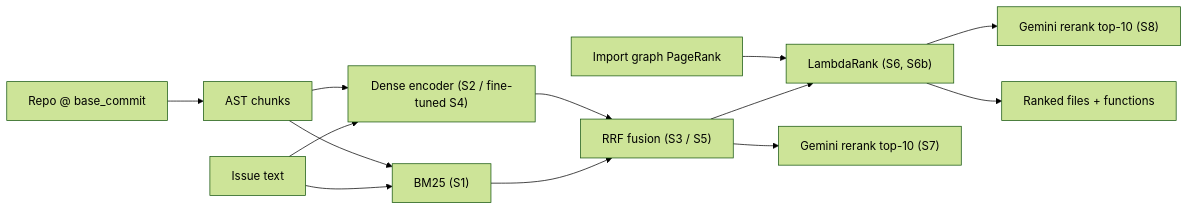
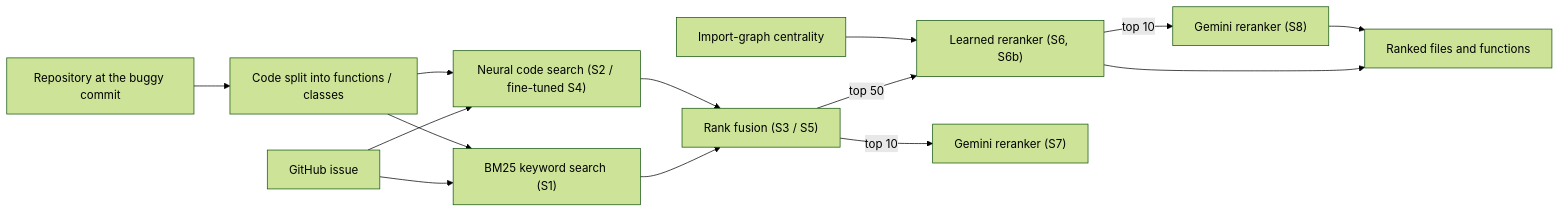
Before and after one commit to Icoder05/buglens: the diagram in README.md, drawn with Mermaid (forest theme). The commit also changed other lines of this file and 21 other files, not shown here.

````diff
--- a/README.md
+++ b/README.md
@@ -74,13 +101,14 @@
 ```mermaid
 flowchart LR
-  I["Issue text"] --> B["BM25 (S1)"]
-  I --> D["Dense encoder (S2 / fine-tuned S4)"]
-  R["Repo @ base_commit"] --> C["AST chunks"] --> B & D
-  B --> F["RRF fusion (S3 / S5)"]
+  I["GitHub issue"] --> B["BM25 keyword search (S1)"]
+  I --> D["Neural code search (S2 / fine-tuned S4)"]
+  R["Repository at the buggy commit"] --> C["Code split into functions / classes"] --> B & D
+  B --> F["Rank fusion (S3 / S5)"]
   D --> F
-  F --> L["LambdaRank (S6, S6b)"]
-  G["Import graph PageRank"] --> L
-  L --> X["Gemini rerank top-10 (S8)"]
-  F --> Y["Gemini rerank top-10 (S7)"]
-  L --> O["Ranked files + functions"]
+  F -->|top 50| L["Learned reranker (S6, S6b)"]
+  G["Import-graph centrality"] --> L
+  L -->|top 10| X["Gemini reranker (S8)"]
+  F -->|top 10| Y["Gemini reranker (S7)"]
+  L --> O["Ranked files and functions"]
+  X --> O
 ```
````
